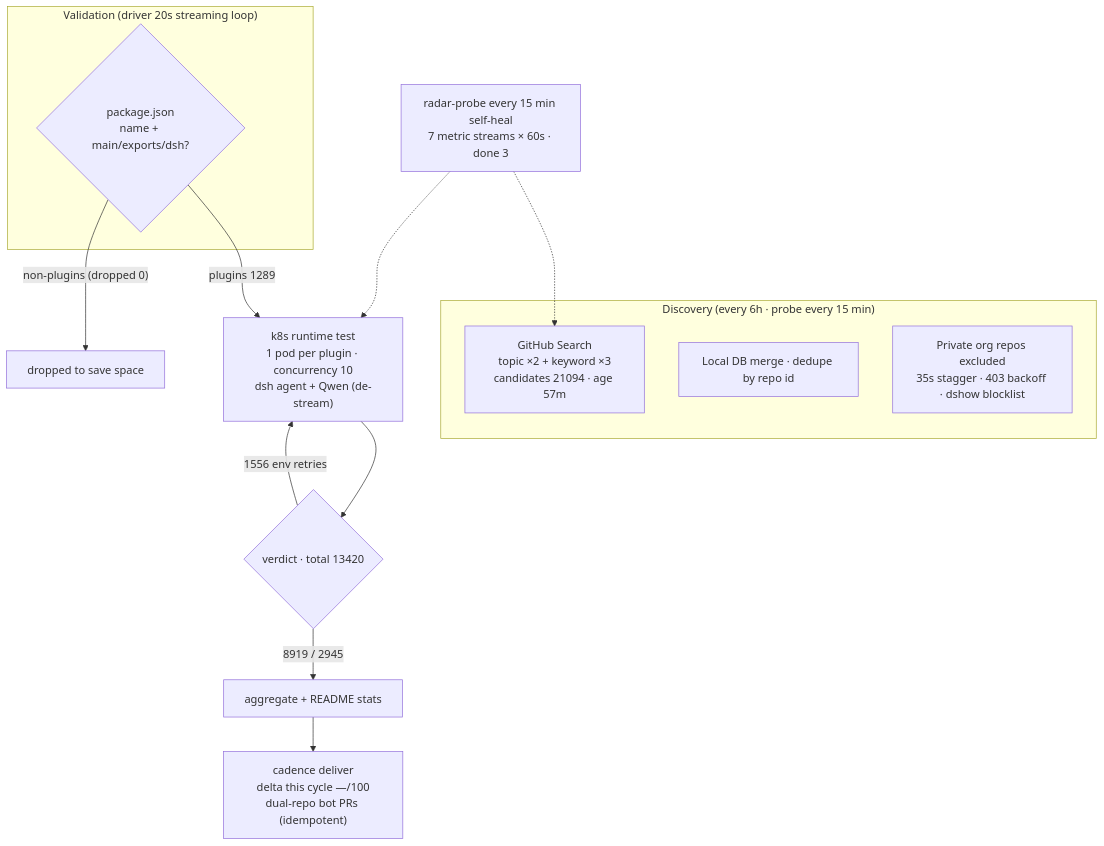
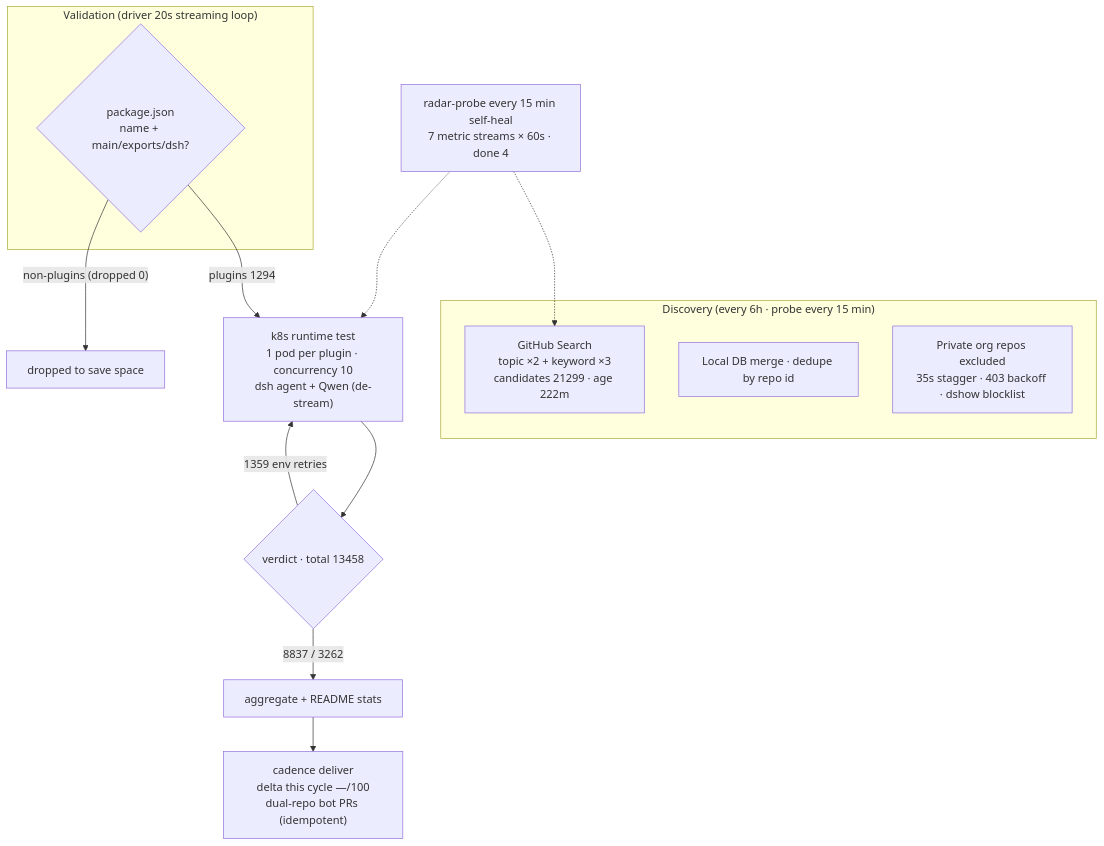
One commit to 1420079678-ctrl/dsh-plugin-radar changed the diagram in README.en-US.md. Above: the diagram before and after it, drawn with Mermaid. The commit also changed other lines of this file and 17 other files, not shown here.

````diff
--- a/README.en-US.md
+++ b/README.en-US.md
@@ -45,20 +45,20 @@
 ```mermaid
 flowchart TB
     subgraph Discovery["Discovery (every 6h · probe every 15 min)"]
-        A1["GitHub Search<br/>topic ×2 + keyword ×3<br/>candidates 21094 · age 57m"]
+        A1["GitHub Search<br/>topic ×2 + keyword ×3<br/>candidates 21299 · age 222m"]
         A2["Local DB merge · dedupe by repo id"]
         A3["Private org repos excluded<br/>35s stagger · 403 backoff · dshow blocklist"]
     end
     subgraph Validation["Validation (driver 20s streaming loop)"]
         B1{"package.json<br/>name + main/exports/dsh?"}
     end
-    B1 -->|"plugins 1289"| C1["k8s runtime test<br/>1 pod per plugin · concurrency 10<br/>dsh agent + Qwen (de-stream)"]
+    B1 -->|"plugins 1294"| C1["k8s runtime test<br/>1 pod per plugin · concurrency 10<br/>dsh agent + Qwen (de-stream)"]
     B1 -->|"non-plugins (dropped 0)"| B3["dropped to save space"]
-    C1 --> D1{"verdict · total 13420"}
-    D1 -->|"8919 / 2945"| E1["aggregate + README stats"]
-    D1 -->|"1556 env retries"| C1
+    C1 --> D1{"verdict · total 13458"}
+    D1 -->|"8837 / 3262"| E1["aggregate + README stats"]
+    D1 -->|"1359 env retries"| C1
     E1 --> E2["cadence deliver<br/>delta this cycle —/100<br/>dual-repo bot PRs (idempotent)"]
-    M["radar-probe every 15 min self-heal<br/>7 metric streams × 60s · done 3"]
+    M["radar-probe every 15 min self-heal<br/>7 metric streams × 60s · done 4"]
     M -.-> A1
     M -.-> C1
 ```
````
